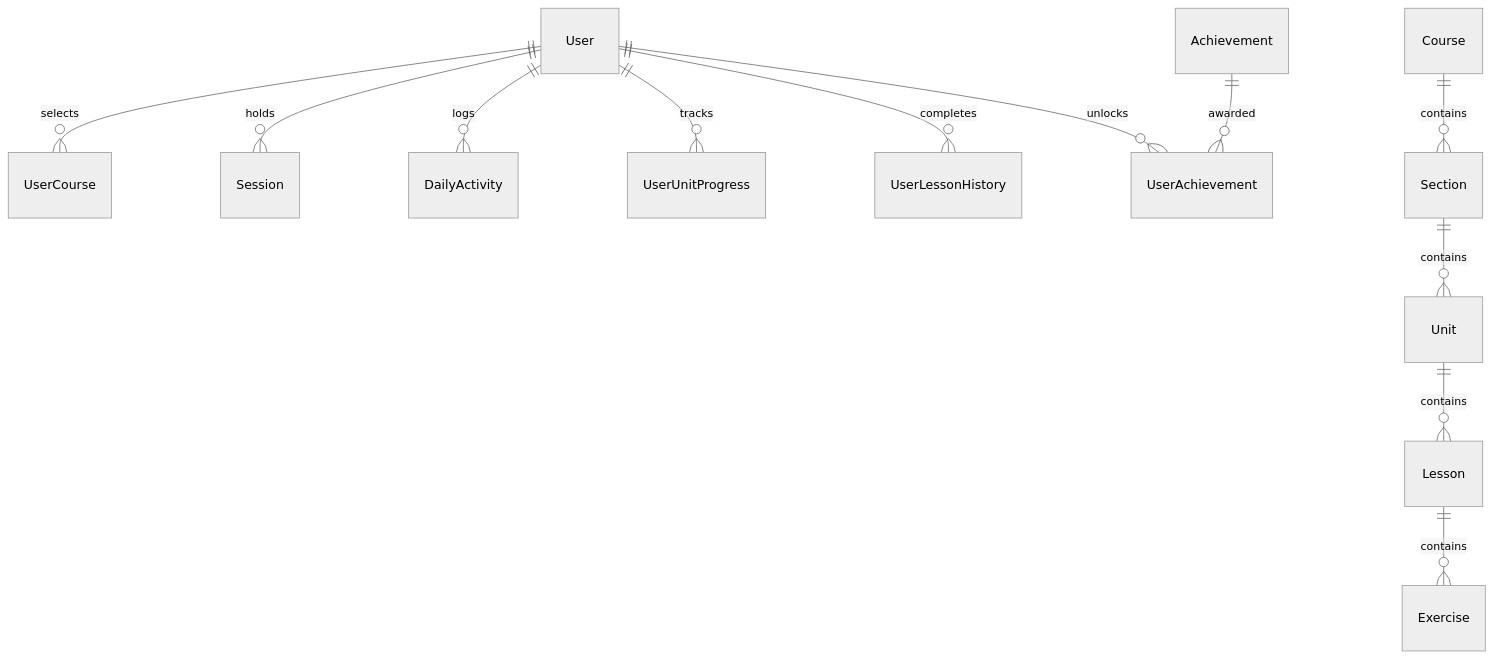
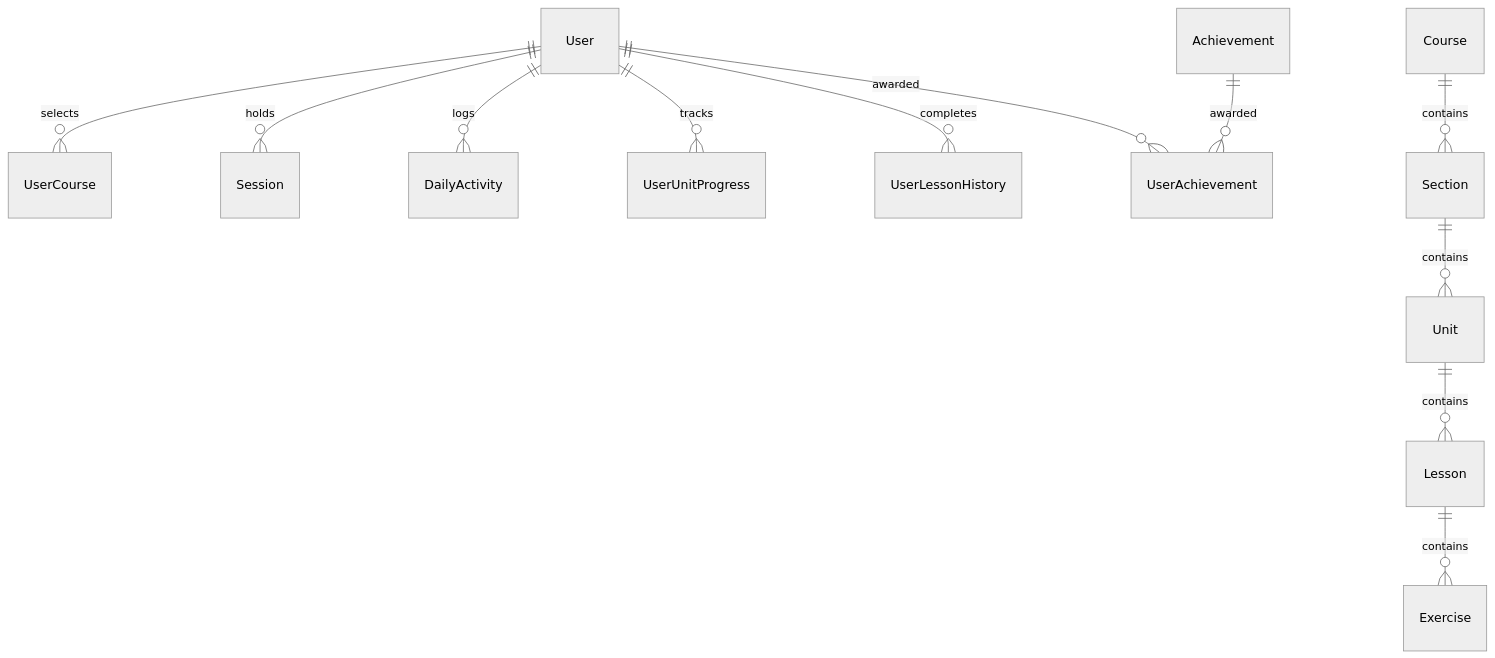
One commit to aaryankumar19/duolingo-clone changed the diagram in README.md. Above: the diagram before and after it, drawn with Mermaid (neutral theme). The commit also changed other lines of this file and 34 other files, not shown here.

````diff
--- a/README.md
+++ b/README.md
@@ -66,15 +175,15 @@
 ```mermaid
 erDiagram
     User ||--o{ UserCourse : selects
     User ||--o{ Session : holds
     User ||--o{ DailyActivity : logs
     User ||--o{ UserUnitProgress : tracks
     User ||--o{ UserLessonHistory : completes
-    User ||--o{ UserAchievement : unlocks
+    User ||--o{ UserAchievement : awarded
 
     Course ||--o{ Section : contains
     Section ||--o{ Unit : contains
     Unit ||--o{ Lesson : contains
     Lesson ||--o{ Exercise : contains
     Achievement ||--o{ UserAchievement : awarded
 ```
````
